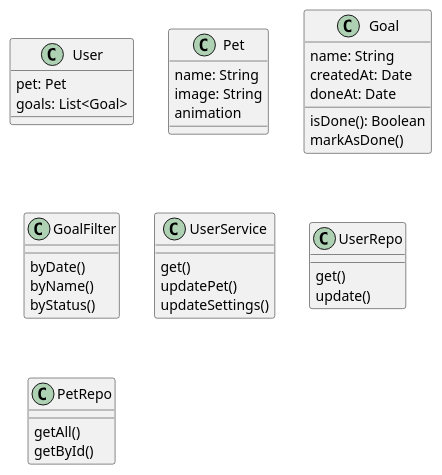
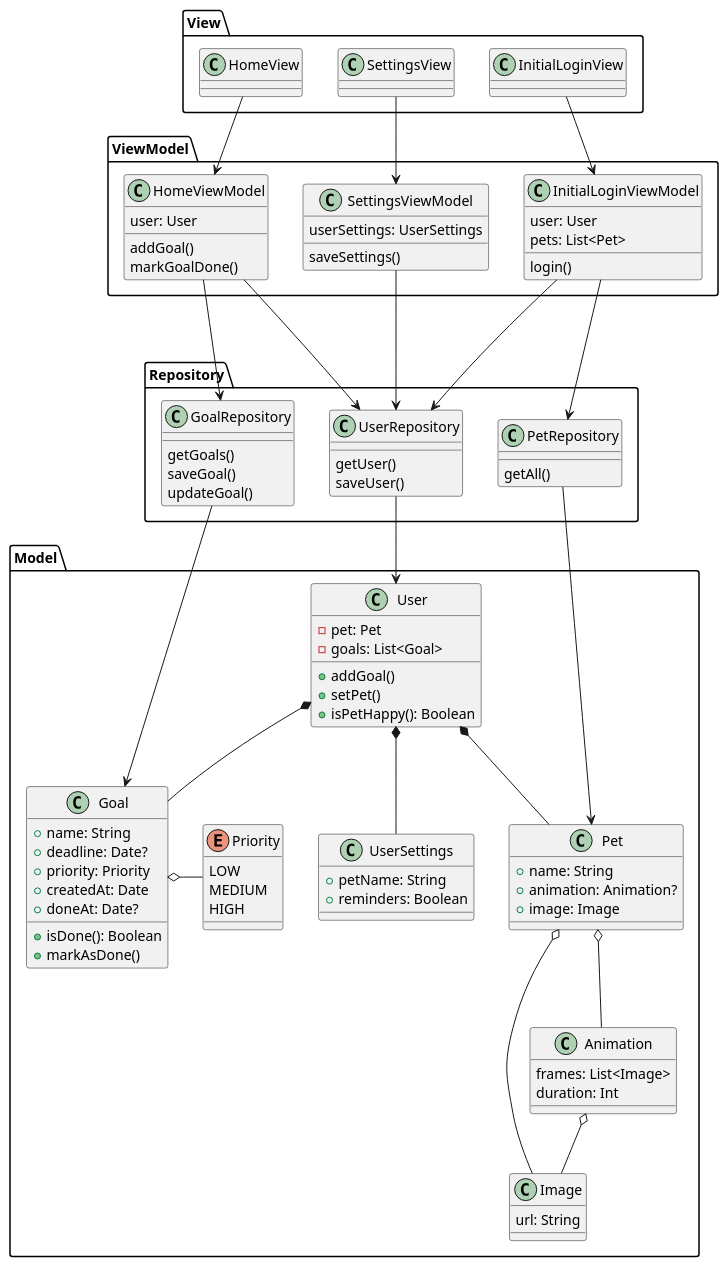
Before and after one commit to HabitHatch/HabitHatchApp: the diagram in docs/class_diagram.puml, drawn with PlantUML. The commit also changed 1 other file, not shown here.

Commit message:
added uml class diagram

```diff
--- a/docs/class_diagram.puml
+++ b/docs/class_diagram.puml
@@ -1,44 +1,118 @@
 @startuml
 
-class User{
-pet: Pet
-goals: List<Goal>
+
+package Model{
+
+    class Image{
+        url: String
+    }
+
+    class Animation{
+        frames: List<Image>
+        duration: Int
+    }
+    class User {
+        - pet: Pet
+        - goals: List<Goal>
+        + addGoal()
+        + setPet()
+        + isPetHappy(): Boolean
+    }
+    class UserSettings{
+        + petName: String
+        + reminders: Boolean
+    }
+
+    class Pet {
+        + name: String
+        + animation: Animation?
+        + image: Image
+    }
+    enum Priority {
+        LOW
+        MEDIUM
+        HIGH
+    }
+
+    class Goal {
+        + name: String
+        + deadline: Date?
+        + priority: Priority
+        + createdAt: Date
+        + doneAt: Date?
+        + isDone(): Boolean
+        + markAsDone()
+    }
+    Goal o- Priority
+    User *-- Pet
+    User *-- Goal
+    User *-- UserSettings
+    Pet o-- Image
+    Pet o-- Animation
+    Animation o-- Image
+
 }
 
-class Pet{
-    name: String
-    image: String
-    animation
+package View{
+    class InitialLoginView{
+    }
+
+    class HomeView {
+    }
+
+    class SettingsView{
+    }
 }
 
-class Goal{
-    name: String
-    createdAt: Date
-    doneAt: Date
-    isDone(): Boolean
-    markAsDone()
+package ViewModel{
+    class InitialLoginViewModel{
+        login()
+        user: User
+        pets: List<Pet>
+    }
+    class HomeViewModel {
+        addGoal()
+        markGoalDone()
+        user: User
+    }
+    class SettingsViewModel{
+        userSettings: UserSettings
+        saveSettings()
+    }
 }
 
-class GoalFilter{
-    byDate()
-    byName()
-    byStatus()
+package Repository{
+    class UserRepository {
+        getUser()
+        saveUser()
+    }
+
+    class GoalRepository {
+        getGoals()
+        saveGoal()
+        updateGoal()
+    }
+    class PetRepository{
+        getAll()
+    }
 }
 
-class UserService{
-    get()
-    updatePet()
-    updateSettings()
-}
+InitialLoginView -down-> InitialLoginViewModel
+HomeView -down-> HomeViewModel
+SettingsView -down-> SettingsViewModel
 
-class UserRepo{
-    get()
-    update()
-}
-class PetRepo{
-    getAll()
-    getById()
-}
+InitialLoginViewModel -down--> UserRepository
+InitialLoginViewModel -down--> PetRepository
+
+HomeViewModel -down> GoalRepository
+HomeViewModel -down> UserRepository
+
+SettingsViewModel -down-> UserRepository
+
+
+PetRepository --> Pet
+UserRepository --> User
+GoalRepository --> Goal
 
 
 @enduml
```
